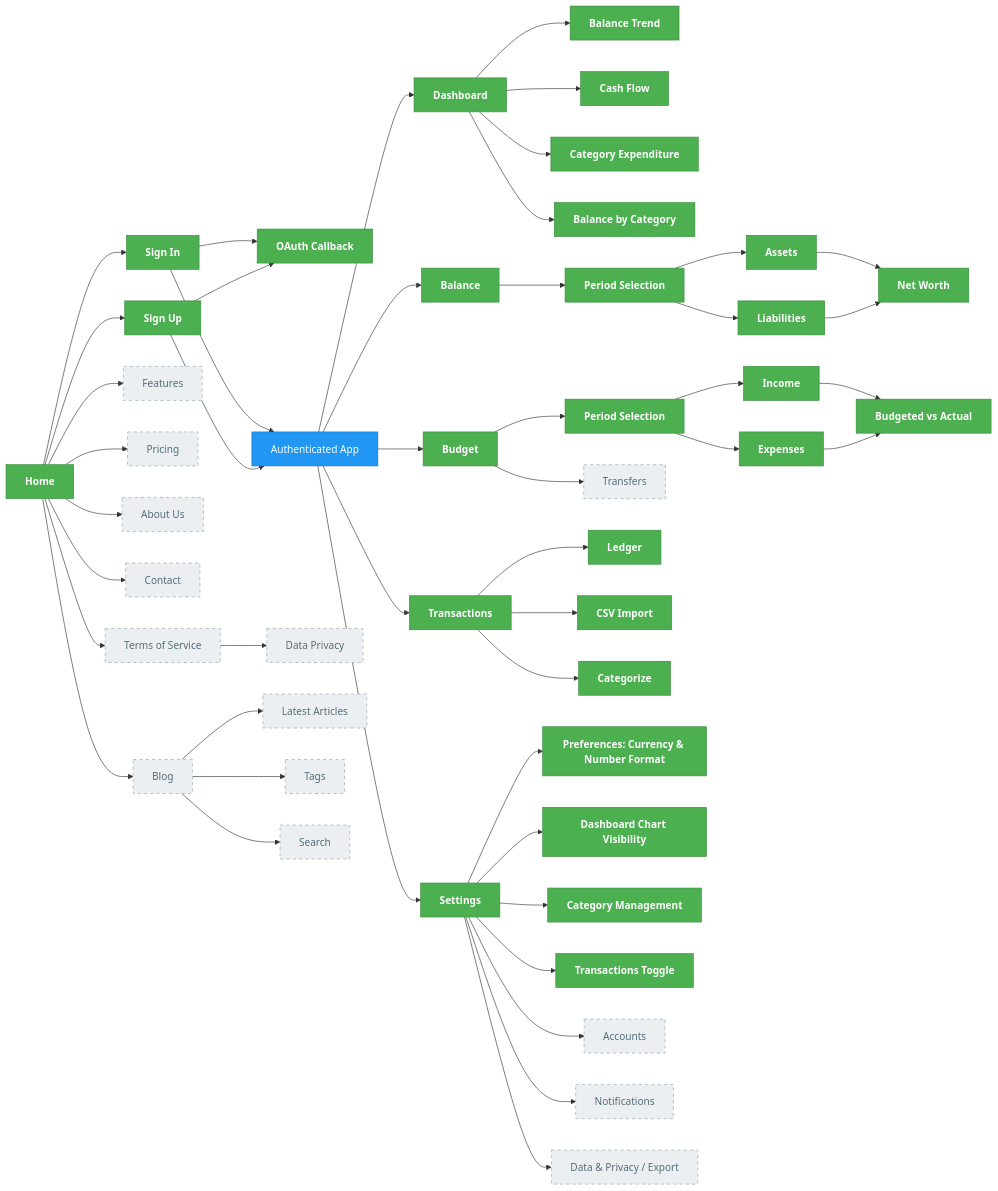
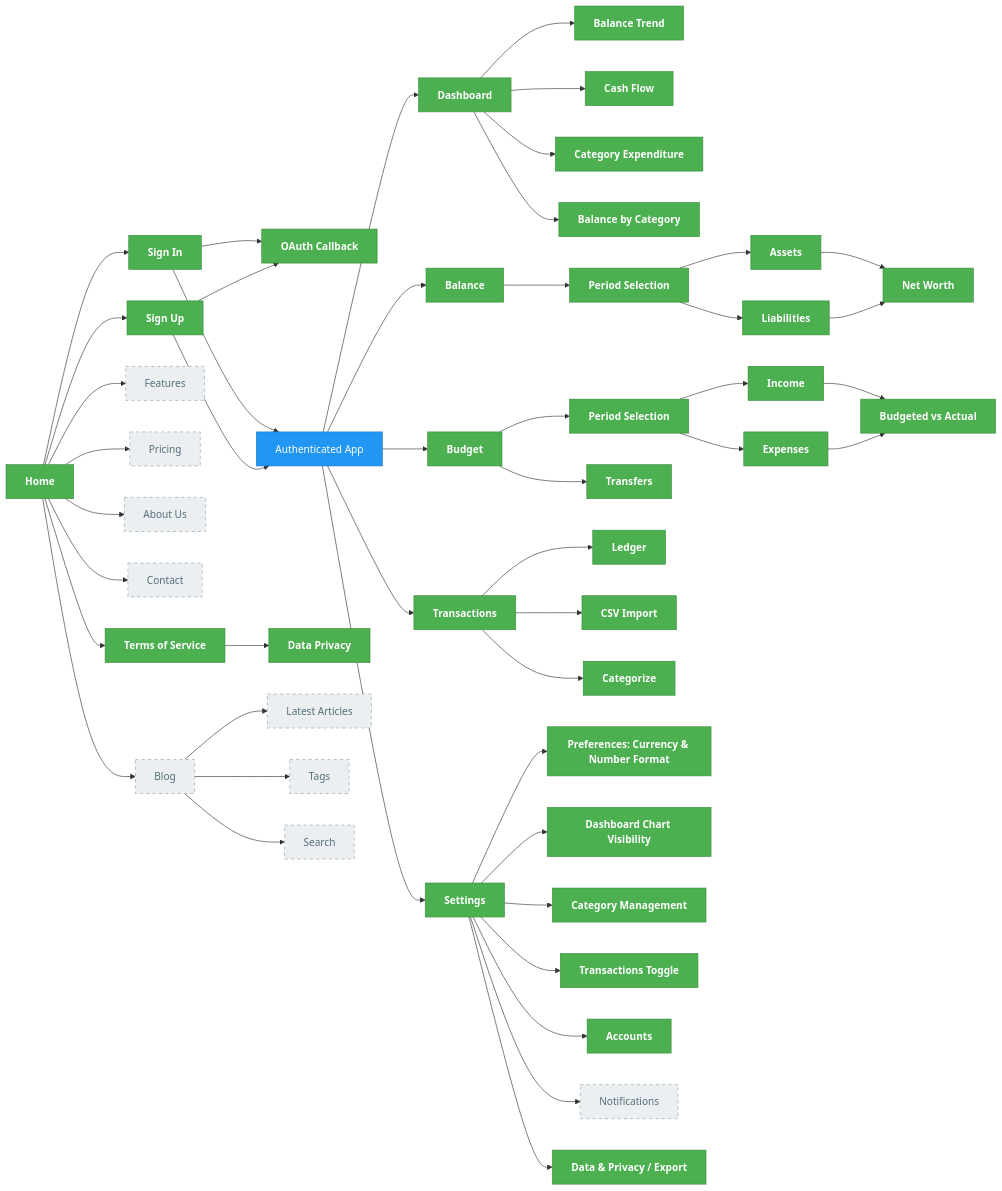
Before and after one commit to JRRS1982/halcyon: the diagram in docs/SiteMap.md, drawn with Mermaid. The commit also changed other lines of this file and 4 other files, not shown here.

````diff
--- a/docs/SiteMap.md
+++ b/docs/SiteMap.md
@@ -11,72 +11,72 @@
 ```mermaid
 flowchart LR
     %% ---- Public surface ----
     A[Home]
     A --> SI[Sign In]
     A --> SU[Sign Up]
     SI --> CB[OAuth Callback]
     SU --> CB
     SI --> APP[Authenticated App]
     SU --> APP
 
     A --> A1[Features]
     A --> A2[Pricing]
     A --> A3[About Us]
     A --> A4[Contact]
     A --> D[Blog]
     A --> F[Terms of Service]
     F --> G[Data Privacy]
     D --> D1[Latest Articles]
     D --> D2[Tags]
     D --> D3[Search]
 
     %% ---- Authenticated app (behind middleware, linked via nav bar) ----
     APP --> E[Dashboard]
     E --> E1[Balance Trend]
     E --> E2[Cash Flow]
     E --> E3[Category Expenditure]
     E --> E4[Balance by Category]
 
     APP --> C1[Balance]
     C1 --> C1_0[Period Selection]
     C1_0 --> C1_1[Assets]
     C1_0 --> C1_2[Liabilities]
     C1_1 & C1_2 --> C1_3[Net Worth]
 
     APP --> C2[Budget]
     C2 --> C2_0[Period Selection]
     C2_0 --> C2_1[Income]
     C2_0 --> C2_2[Expenses]
     C2_1 & C2_2 --> C2_3[Budgeted vs Actual]
     C2 --> C2_4[Transfers]
 
     APP --> TX[Transactions]
     TX --> TX1[Ledger]
     TX --> TX2[CSV Import]
     TX --> TX3[Categorize]
 
     APP --> C4[Settings]
     C4 --> S1[Preferences: Currency & Number Format]
     C4 --> S2[Dashboard Chart Visibility]
     C4 --> S3[Category Management]
     C4 --> S4[Transactions Toggle]
     C4 --> S5[Accounts]
     C4 --> S6[Notifications]
     C4 --> S7[Data & Privacy / Export]
 
     %% ---- Styling ----
     classDef built fill:#4CAF50,stroke:#388E3C,color:#fff,font-weight:bold;
     classDef planned fill:#eceff1,stroke:#90a4ae,color:#546e7a,stroke-dasharray:5 5;
     classDef hub fill:#2196F3,stroke:#1976D2,color:#fff;
 
-    class A,SI,SU,CB built;
+    class A,SI,SU,CB,F,G built;
     class APP hub;
     class E,E1,E2,E3,E4 built;
     class C1,C1_0,C1_1,C1_2,C1_3 built;
-    class C2,C2_0,C2_1,C2_2,C2_3 built;
+    class C2,C2_0,C2_1,C2_2,C2_3,C2_4 built;
     class TX,TX1,TX2,TX3 built;
-    class C4,S1,S2,S3,S4 built;
+    class C4,S1,S2,S3,S4,S5,S7 built;
 
-    class A1,A2,A3,A4,D,D1,D2,D3,F,G planned;
-    class C2_4,S5,S6,S7 planned;
+    class A1,A2,A3,A4,D,D1,D2,D3 planned;
+    class S6 planned;
 ```
````
